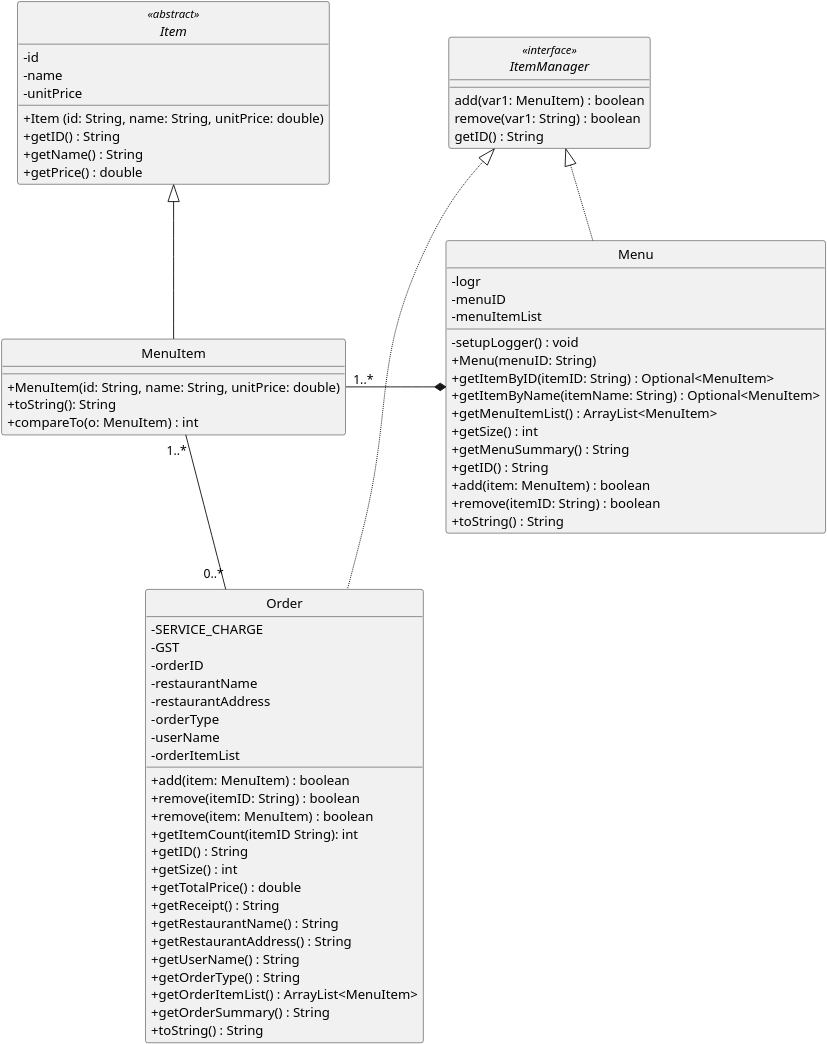
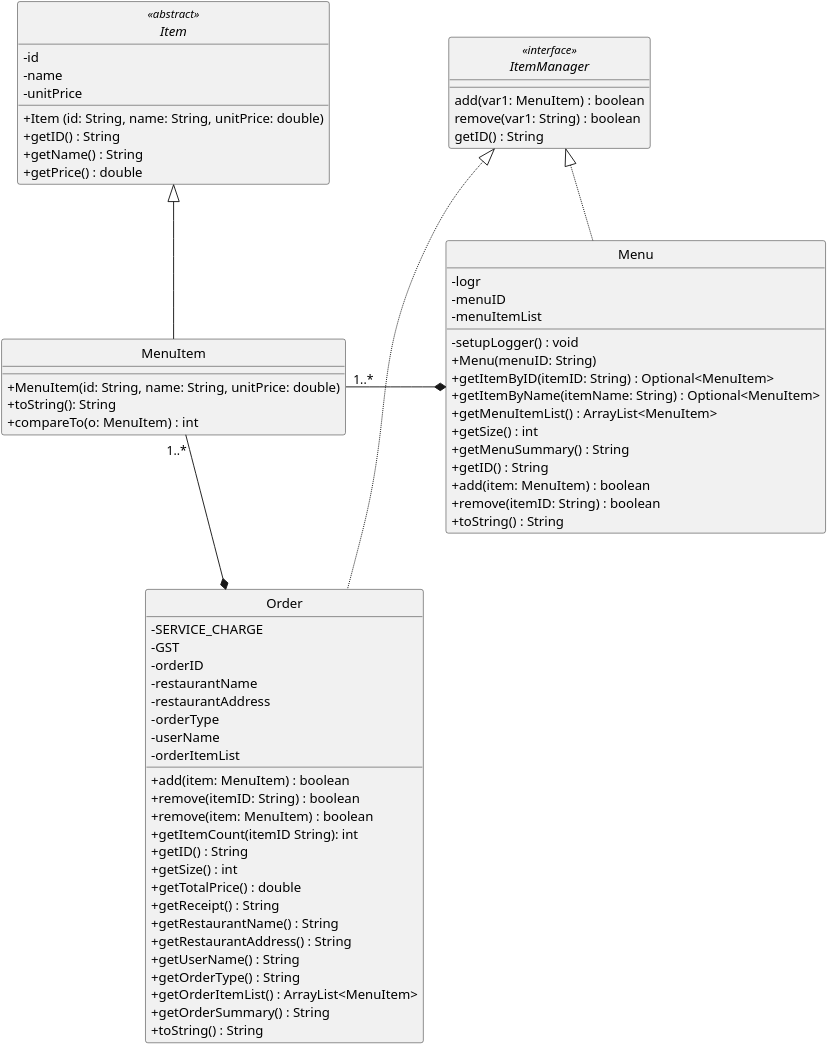
One commit to adamzzq/tp changed the diagram in docs/UMLdiagrams/model.puml. Above: the diagram before and after it, drawn with PlantUML. The commit also changed 1 other file, not shown here.

Commit message:
Update model component class diagram based on PR review

```diff
--- a/docs/UMLdiagrams/model.puml
+++ b/docs/UMLdiagrams/model.puml
@@ -1,82 +1,82 @@
 @startuml
 'https://plantuml.com/class-diagram
 
 skinparam dpi 600
 hide circle
 skinparam classAttributeIconSize 0
 
 abstract class Item  << abstract >>{
     -id
     - name
     - unitPrice
 
     + Item (id: String, name: String, unitPrice: double)
     +getID() : String
     +getName() : String
     +getPrice() : double
 
 }
 interface ItemManager << interface >>{
     add(var1: MenuItem) : boolean
     remove(var1: String) : boolean
     getID() : String
 }
 class Menu {
 - logr
 - menuID
 - menuItemList
 - setupLogger() : void
 + Menu(menuID: String)
 + getItemByID(itemID: String) : Optional<MenuItem>
 + getItemByName(itemName: String) : Optional<MenuItem>
 + getMenuItemList() : ArrayList<MenuItem>
 + getSize() : int
 + getMenuSummary() : String
 + getID() : String
 + add(item: MenuItem) : boolean
 + remove(itemID: String) : boolean
 + toString() : String
 }
 class MenuItem {
 + MenuItem(id: String, name: String, unitPrice: double)
 + toString(): String
 + compareTo(o: MenuItem) : int
 }
 class Order {
 - SERVICE_CHARGE
 - GST
 - orderID
 - restaurantName
 - restaurantAddress
 - orderType
 - userName
 - orderItemList
 + add(item: MenuItem) : boolean
 + remove(itemID: String) : boolean
 + remove(item: MenuItem) : boolean
 + getItemCount(itemID String): int
 + getID() : String
 + getSize() : int
 + getTotalPrice() : double
 + getReceipt() : String
 + getRestaurantName() : String
 + getRestaurantAddress() : String
 + getUserName() : String
 + getOrderType() : String
 + getOrderItemList() : ArrayList<MenuItem>
 + getOrderSummary() : String
 + toString() : String
 }
 
 Item <|-- MenuItem
 
 ItemManager <|.. Menu
 ItemManager <|.. Order
 
-MenuItem "1..*" -- "0..*" Order
+MenuItem "1..*" --* Order
 MenuItem "1..*" -* Menu
 
 
 
 
 @enduml
```
